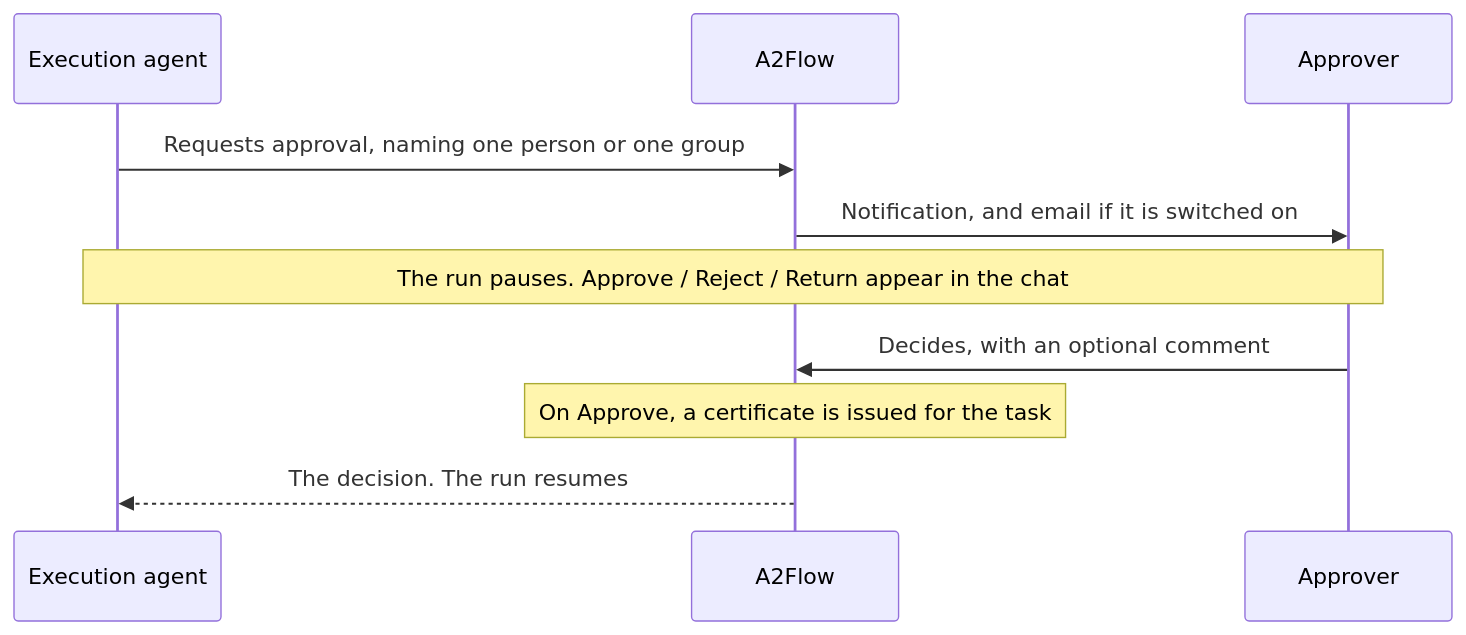
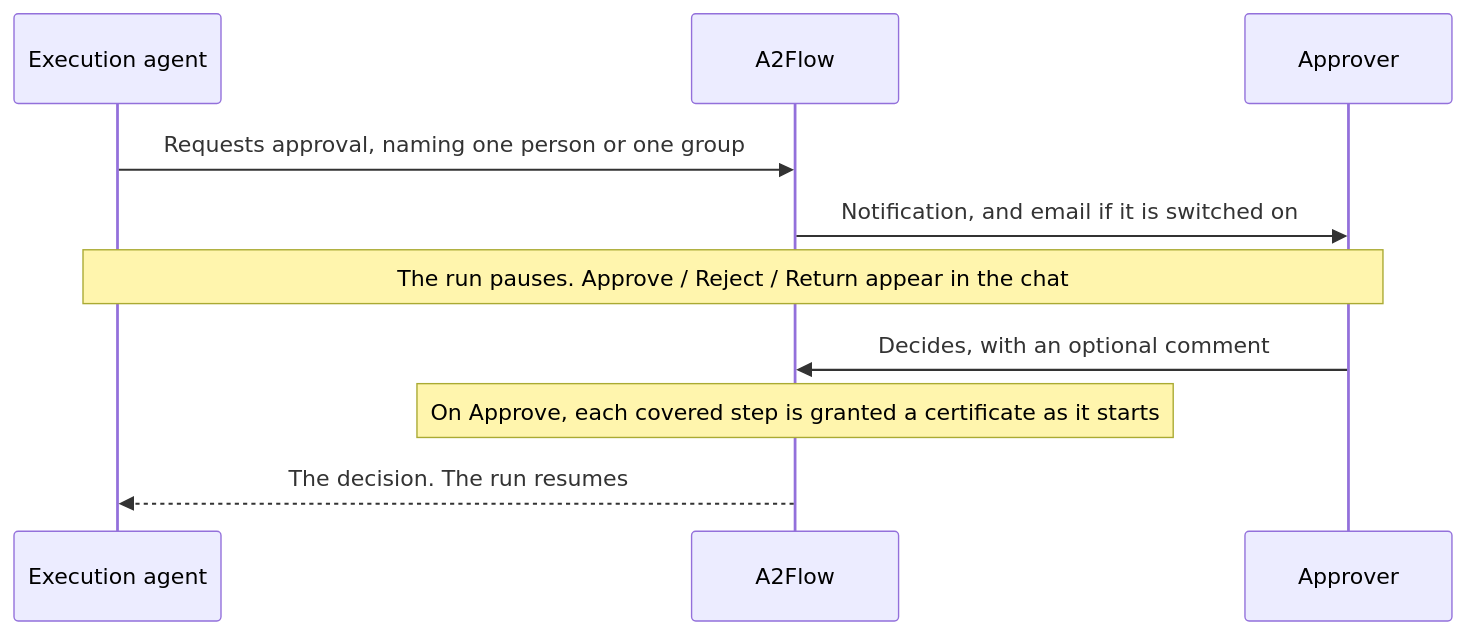
One commit to kaitoy/a2flow changed the diagram in website/docs/guides/approvals.md. Above: the diagram before and after it, drawn with Mermaid. The commit also changed other lines of this file and 37 other files, not shown here.

````diff
--- a/website/docs/guides/approvals.md
+++ b/website/docs/guides/approvals.md
@@ -14,12 +14,12 @@
 ```mermaid
 sequenceDiagram
   participant A as Execution agent
   participant F as A2Flow
   participant P as Approver
   A->>F: Requests approval, naming one person or one group
   F->>P: Notification, and email if it is switched on
   Note over A,P: The run pauses. Approve / Reject / Return appear in the chat
   P->>F: Decides, with an optional comment
-  Note over F: On Approve, a certificate is issued for the task
+  Note over F: On Approve, each covered step is granted a certificate as it starts
   F-->>A: The decision. The run resumes
 ```
````
